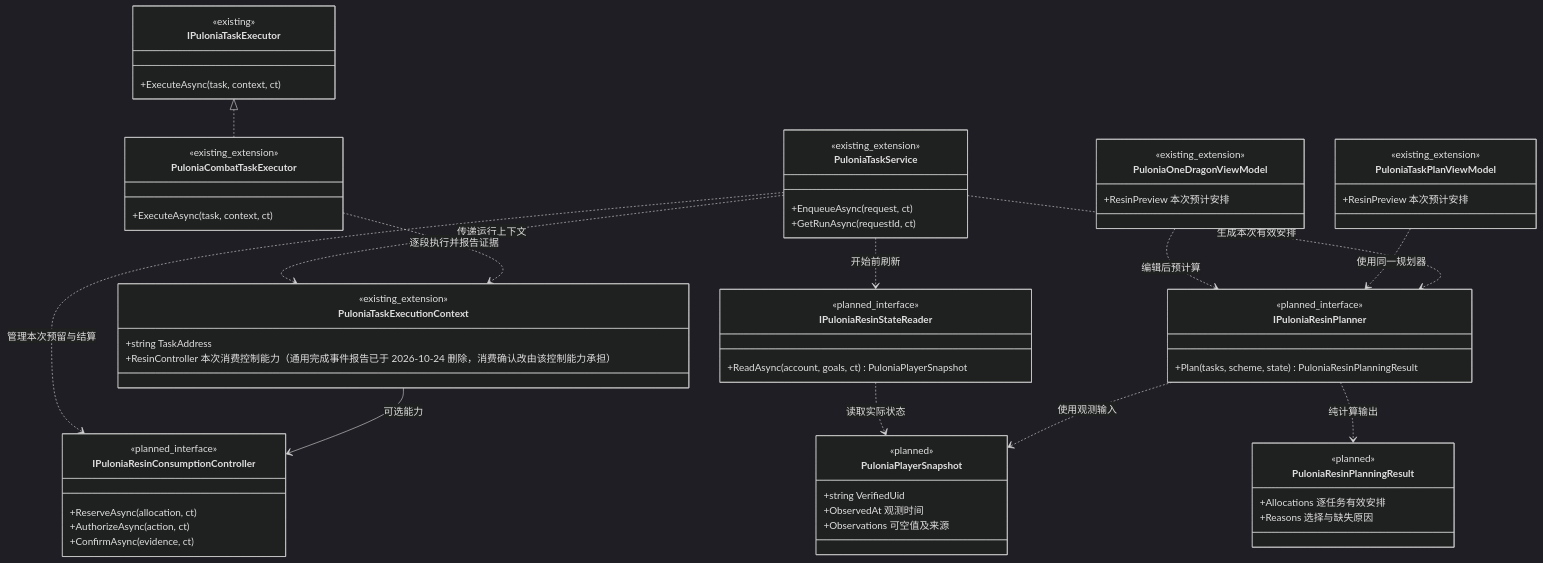
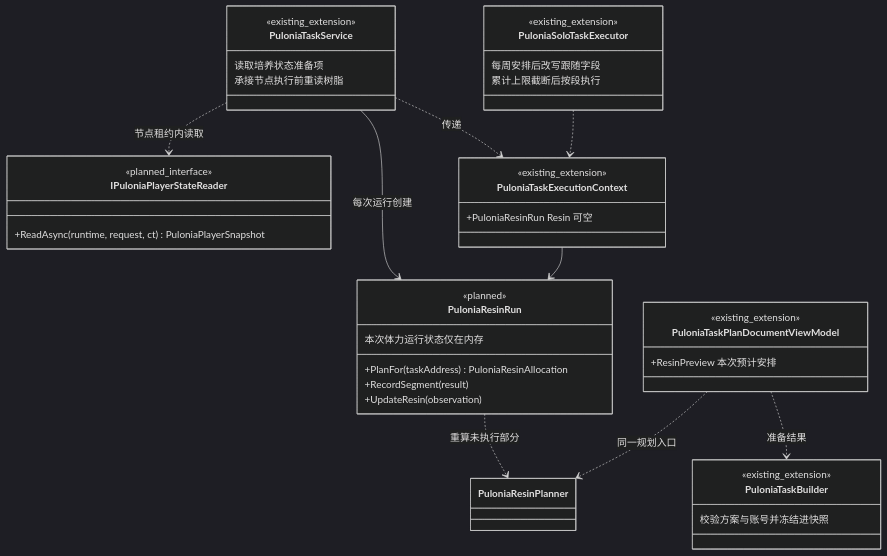
One commit to babalae/better-genshin-impact changed the fourth of 4 diagrams in Docs/design/pulonia/proposals/resin-plan.md. Above: the diagram before and after it, drawn with Mermaid (dark theme). The commit also changed other lines of this file and 127 other files, not shown here.

````diff
--- a/Docs/design/pulonia/proposals/resin-plan.md
+++ b/Docs/design/pulonia/proposals/resin-plan.md
@@ -341,68 +421,45 @@
 ```mermaid
 classDiagram
     direction TB
-    class IPuloniaResinStateReader {
-        <<planned_interface>>
-        +ReadAsync(account, goals, ct) PuloniaPlayerSnapshot
-    }
-    class PuloniaPlayerSnapshot {
-        <<planned>>
-        +string VerifiedUid
-        +ObservedAt 观测时间
-        +Observations 可空值及来源
-    }
-    class IPuloniaResinPlanner {
-        <<planned_interface>>
-        +Plan(tasks, scheme, state) PuloniaResinPlanningResult
-    }
-    class PuloniaResinPlanningResult {
-        <<planned>>
-        +Allocations 逐任务有效安排
-        +Reasons 选择与缺失原因
-    }
-    class IPuloniaResinConsumptionController {
-        <<planned_interface>>
-        +ReserveAsync(allocation, ct)
-        +AuthorizeAsync(action, ct)
-        +ConfirmAsync(evidence, ct)
-    }
     class PuloniaTaskService {
         <<existing_extension>>
-        +EnqueueAsync(request, ct)
-        +GetRunAsync(requestId, ct)
+        读取培养状态准备项
+        承接节点执行前重读树脂
+    }
+    class PuloniaTaskBuilder {
+        <<existing_extension>>
+        校验方案与账号并冻结进快照
+    }
+    class IPuloniaPlayerStateReader {
+        <<planned_interface>>
+        +ReadAsync(runtime, request, ct) PuloniaPlayerSnapshot
+    }
+    class PuloniaResinRun {
+        <<planned>>
+        本次体力运行状态仅在内存
+        +PlanFor(taskAddress) PuloniaResinAllocation
+        +RecordSegment(result)
+        +UpdateResin(observation)
     }
     class PuloniaTaskExecutionContext {
         <<existing_extension>>
-        +string TaskAddress
-        +ResinController 本次消费控制能力（通用完成事件报告已于 2026-10-24 删除，消费确认改由该控制能力承担）
+        +PuloniaResinRun Resin 可空
     }
-    class IPuloniaTaskExecutor {
-        <<existing>>
-        +ExecuteAsync(task, context, ct)
+    class PuloniaSoloTaskExecutor {
+        <<existing_extension>>
+        每周安排后改写跟随字段
+        累计上限截断后按段执行
     }
-    class PuloniaCombatTaskExecutor {
-        <<existing_extension>>
-        +ExecuteAsync(task, context, ct)
-    }
-    class PuloniaOneDragonViewModel {
+    class PuloniaTaskPlanDocumentViewModel {
         <<existing_extension>>
         +ResinPreview 本次预计安排
     }
-    class PuloniaTaskPlanViewModel {
-        <<existing_extension>>
-        +ResinPreview 本次预计安排
-    }
-
-    IPuloniaResinStateReader ..> PuloniaPlayerSnapshot : 读取实际状态
-    IPuloniaResinPlanner ..> PuloniaPlayerSnapshot : 使用观测输入
-    IPuloniaResinPlanner ..> PuloniaResinPlanningResult : 纯计算输出
-    PuloniaOneDragonViewModel ..> IPuloniaResinPlanner : 编辑后预计算
-    PuloniaTaskPlanViewModel ..> IPuloniaResinPlanner : 使用同一规划器
-    PuloniaTaskService ..> IPuloniaResinStateReader : 开始前刷新
-    PuloniaTaskService ..> IPuloniaResinPlanner : 生成本次有效安排
-    PuloniaTaskService ..> IPuloniaResinConsumptionController : 管理本次预留与结算
-    PuloniaTaskService ..> PuloniaTaskExecutionContext : 传递运行上下文
-    PuloniaTaskExecutionContext --> IPuloniaResinConsumptionController : 可选能力
-    IPuloniaTaskExecutor <|.. PuloniaCombatTaskExecutor
-    PuloniaCombatTaskExecutor ..> PuloniaTaskExecutionContext : 逐段执行并报告证据
+    PuloniaTaskService ..> IPuloniaPlayerStateReader : 节点租约内读取
+    PuloniaTaskService --> PuloniaResinRun : 每次运行创建
+    PuloniaTaskService ..> PuloniaTaskExecutionContext : 传递
+    PuloniaTaskExecutionContext --> PuloniaResinRun
+    PuloniaResinRun ..> PuloniaResinPlanner : 重算未执行部分
+    PuloniaSoloTaskExecutor ..> PuloniaTaskExecutionContext
+    PuloniaTaskPlanDocumentViewModel ..> PuloniaTaskBuilder : 准备结果
+    PuloniaTaskPlanDocumentViewModel ..> PuloniaResinPlanner : 同一规划入口
 ```
````
